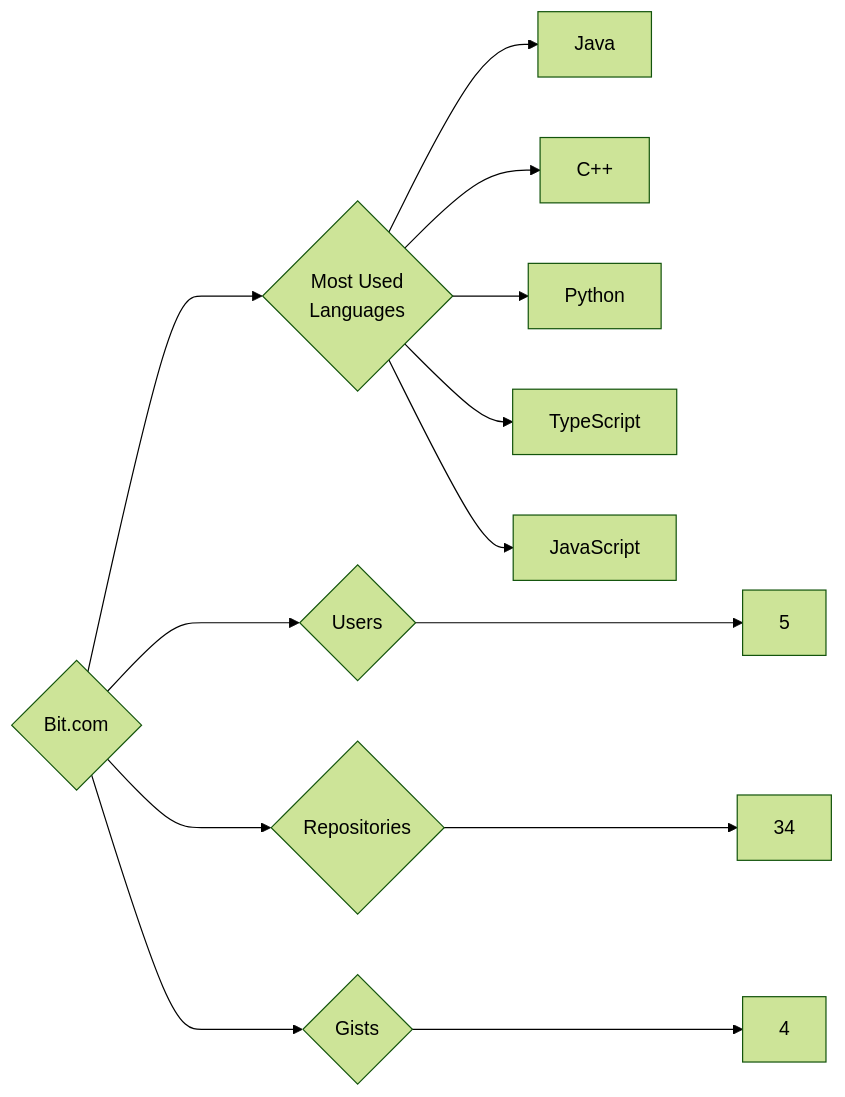
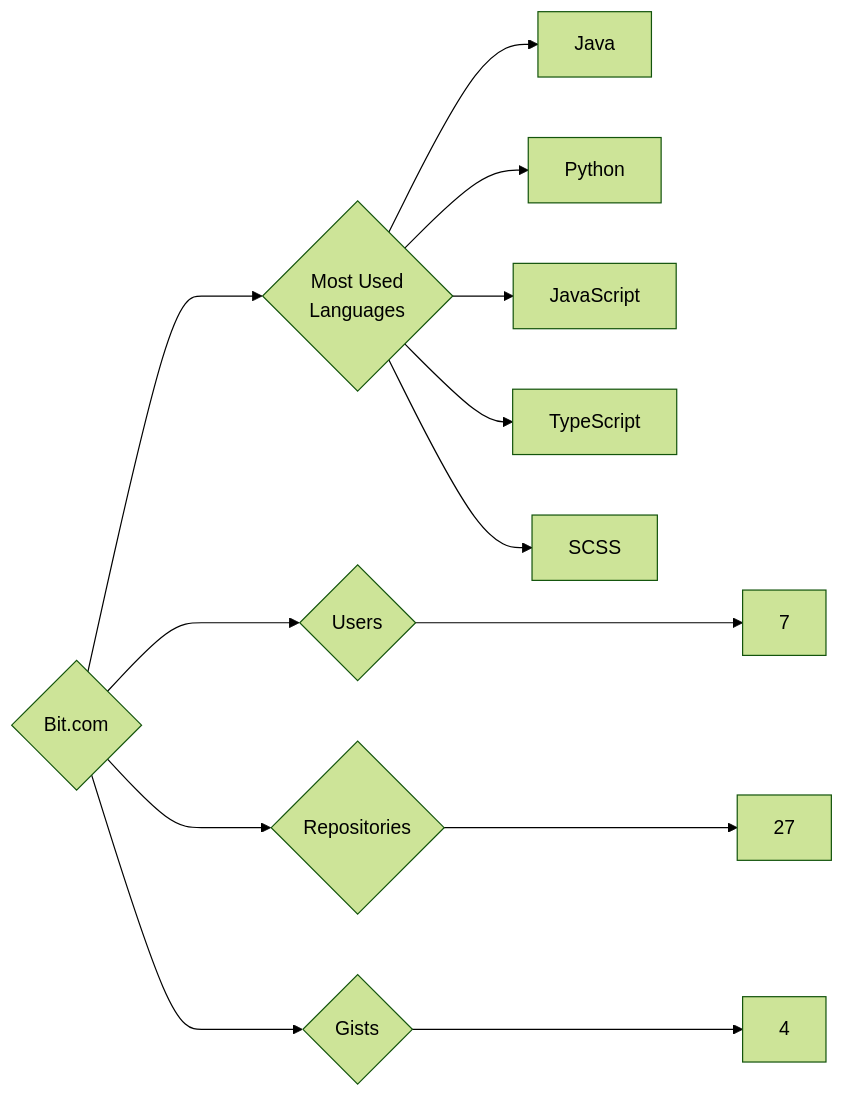
Before and after one commit to trickest/insiders: the diagram in targets/Bit.com/README.md, drawn with Mermaid (forest theme). The commit also changed 1175 other files, not shown here.

````diff
--- a/targets/Bit.com/README.md
+++ b/targets/Bit.com/README.md
@@ -3,13 +3,13 @@
 ```mermaid
 graph LR
 COMPANY_NAME{Bit.com}
-COMPANY_NAME ---> U{Users} ---> UN[5]
-COMPANY_NAME ---> R{Repositories} ---> RN[34]
+COMPANY_NAME ---> U{Users} ---> UN[7]
+COMPANY_NAME ---> R{Repositories} ---> RN[27]
 COMPANY_NAME ---> G{Gists} ---> GN[4]
 COMPANY_NAME ---> ML{Most Used<br>Languages}
 ML --> Java[Java]
-ML --> C++[C++]
 ML --> Python[Python]
+ML --> JavaScript[JavaScript]
 ML --> TypeScript[TypeScript]
-ML --> JavaScript[JavaScript]
+ML --> SCSS[SCSS]
 ```
````
